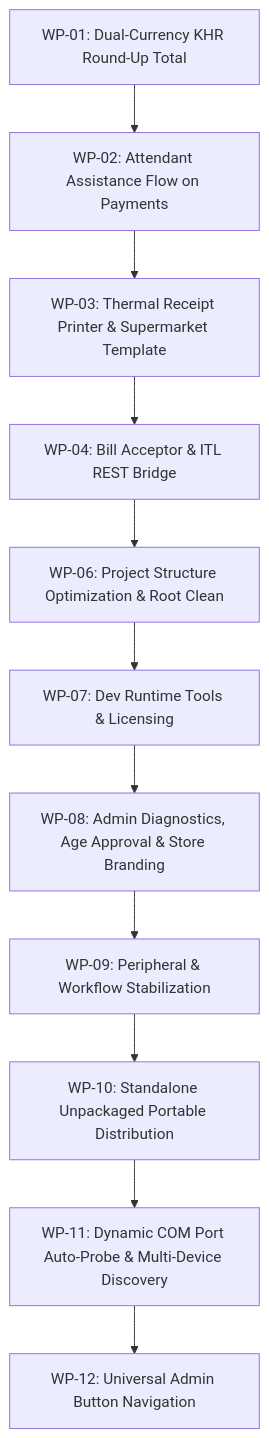
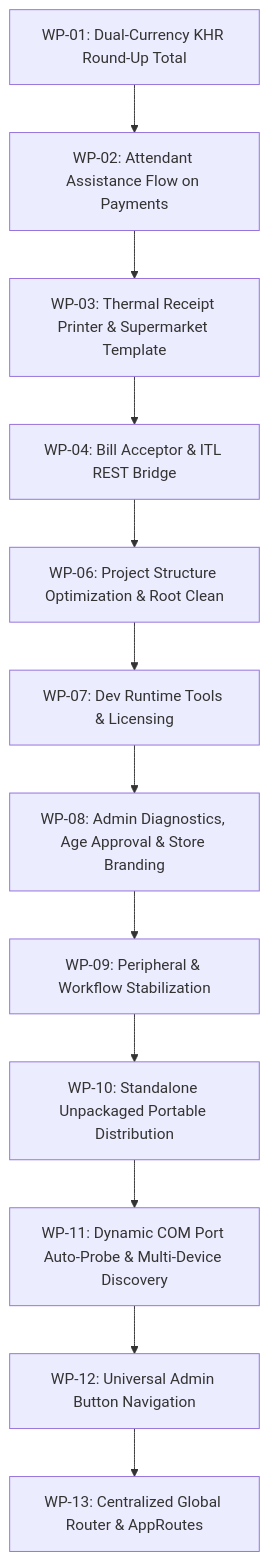
The diagram in ENGINEERING_TASKS.md (Thylyyong/testingCashRecycling), drawn with Mermaid before and after one commit. The commit also changed other lines of this file and 25 other files, not shown here.

Commit message:
feat(nav): complete AppRouter, AppRoutes, and KioskRoute refactor with FromLeft/FromRight admin transitions

````diff
--- a/ENGINEERING_TASKS.md
+++ b/ENGINEERING_TASKS.md
@@ -239,13 +269,14 @@
 ```mermaid
 graph TD
     A["WP-01: Dual-Currency KHR Round-Up Total"] --> B["WP-02: Attendant Assistance Flow on Payments"]
     B --> C["WP-03: Thermal Receipt Printer & Supermarket Template"]
     C --> D["WP-04: Bill Acceptor & ITL REST Bridge"]
     D --> E["WP-06: Project Structure Optimization & Root Clean"]
     E --> F["WP-07: Dev Runtime Tools & Licensing"]
     F --> G["WP-08: Admin Diagnostics, Age Approval & Store Branding"]
     G --> H["WP-09: Peripheral & Workflow Stabilization"]
     H --> I["WP-10: Standalone Unpackaged Portable Distribution"]
     I --> J["WP-11: Dynamic COM Port Auto-Probe & Multi-Device Discovery"]
     J --> K["WP-12: Universal Admin Button Navigation"]
+    K --> L["WP-13: Centralized Global Router & AppRoutes"]
 ```
````
